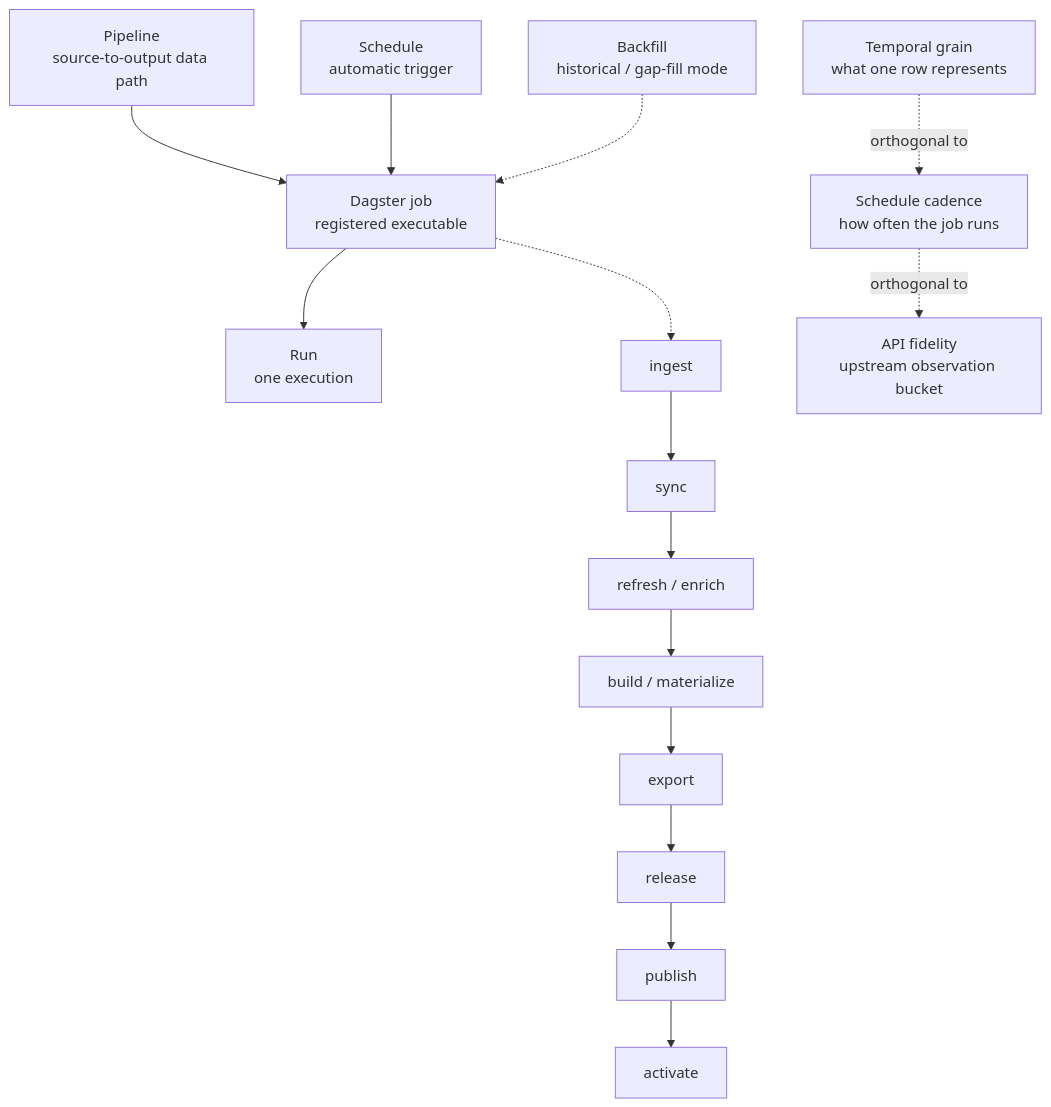
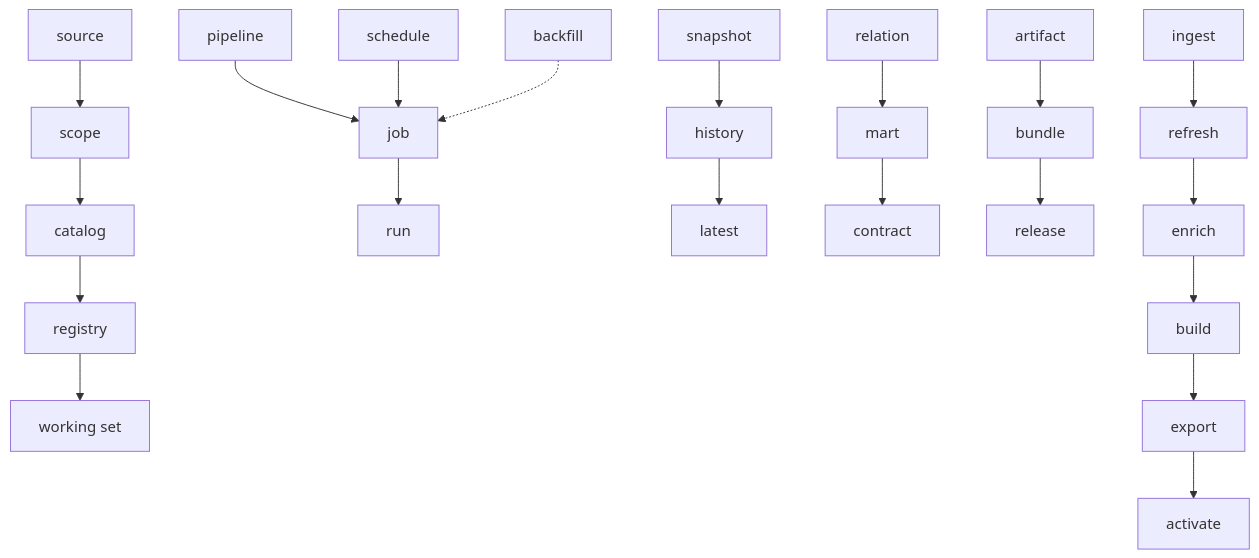
Before and after one commit to hypertrial/oddsfox-pipeline: the diagram in docs/reference/terminology.md, drawn with Mermaid. The commit also changed other lines of this file and 92 other files, not shown here.

````diff
--- a/docs/reference/terminology.md
+++ b/docs/reference/terminology.md
@@ -18,27 +26,26 @@
 ```mermaid
 flowchart TD
-    pipeline["Pipeline<br/>source-to-output data path"]
-    job["Dagster job<br/>registered executable"]
-    run["Run<br/>one execution"]
-    schedule["Schedule<br/>automatic trigger"]
-    backfill["Backfill<br/>historical / gap-fill mode"]
-    pipeline --> job
-    schedule --> job
-    job --> run
-    backfill -.-> job
+    source["source"] --> scope["scope"]
+    scope --> catalog["catalog"]
+    catalog --> registry["registry"]
+    registry --> working_set["working set"]
 
-    grain["Temporal grain<br/>what one row represents"]
-    cadence["Schedule cadence<br/>how often the job runs"]
-    fidelity["API fidelity<br/>upstream observation bucket"]
-    grain -.->|orthogonal to| cadence
-    cadence -.->|orthogonal to| fidelity
+    pipeline["pipeline"] --> job["job"]
+    schedule["schedule"] --> job
+    backfill["backfill"] -.-> job
+    job --> run["run"]
 
-    ingest["ingest"] --> sync["sync"]
-    sync --> refresh["refresh / enrich"]
-    refresh --> build["build / materialize"]
+    snapshot["snapshot"] --> history["history"]
+    history --> latest["latest"]
+
+    relation["relation"] --> mart["mart"]
+    mart --> contract["contract"]
+    artifact["artifact"] --> bundle["bundle"]
+    bundle --> release["release"]
+
+    ingest["ingest"] --> refresh["refresh"]
+    refresh --> enrich["enrich"]
+    enrich --> build["build"]
     build --> export["export"]
-    export --> release_verb["release"]
-    release_verb --> publish["publish"]
-    publish --> activate["activate"]
-    job -.-> ingest
+    export --> activate["activate"]
 ```
````
